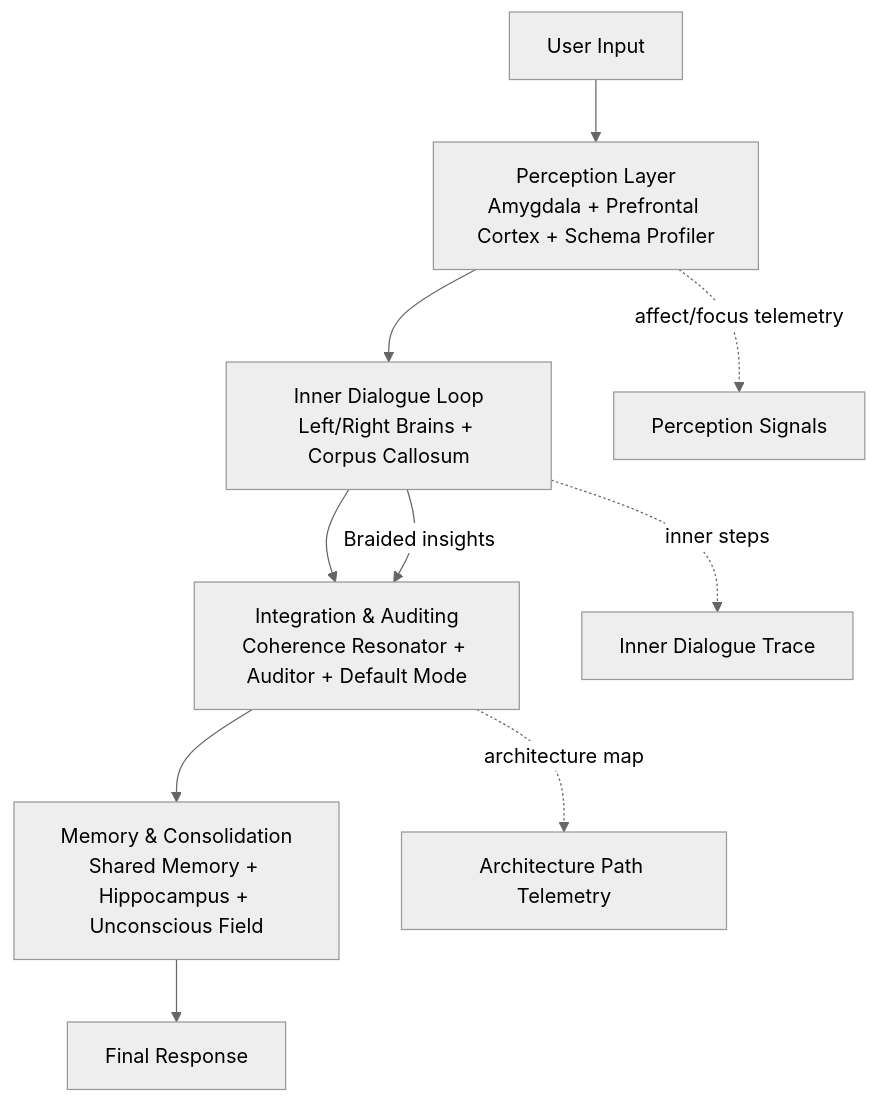
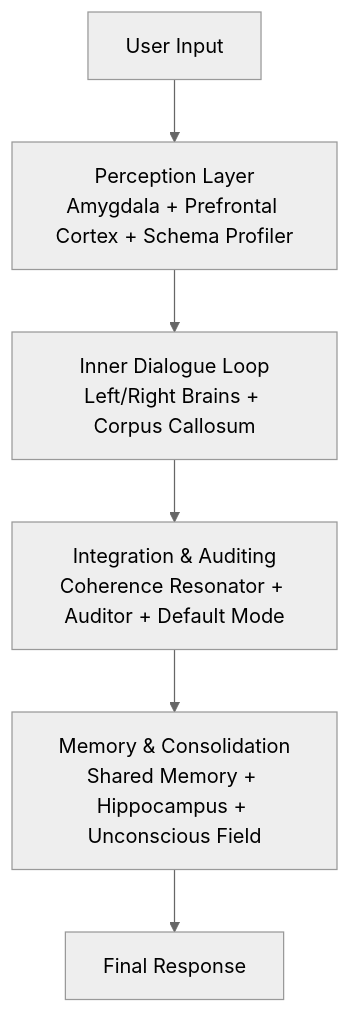
One commit to RyoSpiralArchitect/sr-dual-brain-llm changed the diagram in README.md. Above: the diagram before and after it, drawn with Mermaid (neutral theme). The commit also changed other lines of this file and 33 other files, not shown here.

````diff
--- a/README.md
+++ b/README.md
@@ -25,12 +11,8 @@
 ```mermaid
 flowchart TD
     U[User Input] --> P[Perception Layer<br/>Amygdala + Prefrontal Cortex + Schema Profiler]
     P --> D[Inner Dialogue Loop<br/>Left/Right Brains + Corpus Callosum]
     D --> I[Integration & Auditing<br/>Coherence Resonator + Auditor + Default Mode]
     I --> M[Memory & Consolidation<br/>Shared Memory + Hippocampus + Unconscious Field]
     M --> R[Final Response]
-    D -->|Braided insights| I
-    P -. affect/focus telemetry .-> TP[Perception Signals]
-    D -. inner steps .-> TI[Inner Dialogue Trace]
-    I -. architecture map .-> TA[Architecture Path Telemetry]
 ```
````
